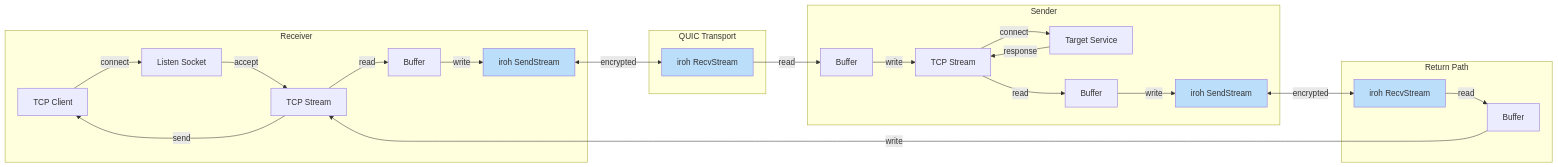
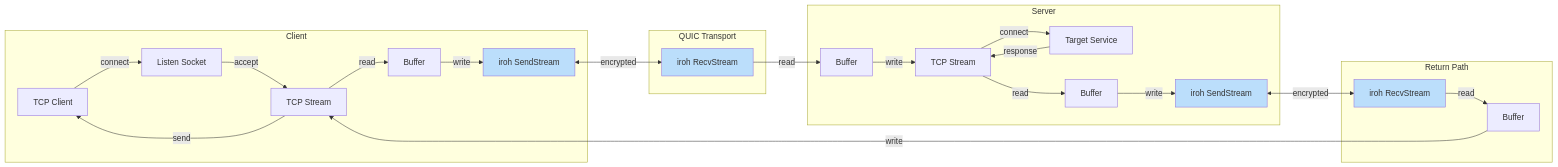
The seventh of 35 diagrams in docs/ARCHITECTURE.md (andrewtheguy/vpn-rs), drawn with Mermaid before and after one commit. The commit also changed other lines of this file, not shown here.

Commit message:
feat: update architecture documentation to reflect server-client terminology and clarify operational modes

````diff
--- a/docs/ARCHITECTURE.md
+++ b/docs/ARCHITECTURE.md
@@ -304,34 +304,34 @@
 ```mermaid
 graph LR
-    subgraph "Receiver"
+    subgraph "Client"
         A[TCP Client] -->|connect| B[Listen Socket]
         B -->|accept| C[TCP Stream]
         C -->|read| D[Buffer]
         D -->|write| E[iroh SendStream]
     end
-    
+
     subgraph "QUIC Transport"
         E <-->|encrypted| F[iroh RecvStream]
     end
-    
-    subgraph "Sender"
+
+    subgraph "Server"
         F -->|read| G[Buffer]
         G -->|write| H[TCP Stream]
         H -->|connect| I[Target Service]
         I -->|response| H
         H -->|read| J[Buffer]
         J -->|write| K[iroh SendStream]
     end
     
     subgraph "Return Path"
         K <-->|encrypted| L[iroh RecvStream]
         L -->|read| M[Buffer]
         M -->|write| C
         C -->|send| A
     end
     
     style E fill:#BBDEFB
     style F fill:#BBDEFB
     style K fill:#BBDEFB
     style L fill:#BBDEFB
 ```
````
